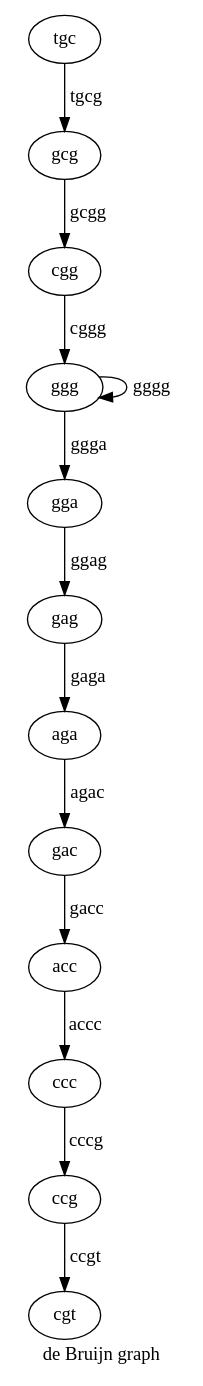
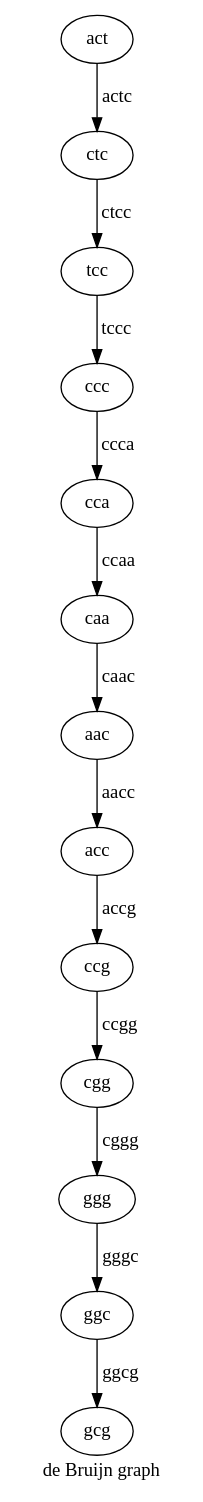
The diagram in deBruijn.dot (Indronil-Prince/K-mer-Assembler), drawn with Graphviz before and after one commit. The commit also changed 10 other files, not shown here.

```diff
--- a/deBruijn.dot
+++ b/deBruijn.dot
@@ -1,15 +1,15 @@
 digraph {
 label="de Bruijn graph"
-aga->gac[label=agac];
-gac->acc[label=gacc];
-gag->aga[label=gaga];
-gcg->cgg[label=gcgg];
+ccg->cgg[label=ccgg];
 cgg->ggg[label=cggg];
-acc->ccc[label=accc];
-gga->gag[label=ggag];
-ccc->ccg[label=cccg];
-ggg->gga[label=ggga];
-ggg->ggg[label=gggg];
-tgc->gcg[label=tgcg];
-ccg->cgt[label=ccgt];
+aac->acc[label=aacc];
+acc->ccg[label=accg];
+ggg->ggc[label=gggc];
+ggc->gcg[label=ggcg];
+tcc->ccc[label=tccc];
+ccc->cca[label=ccca];
+caa->aac[label=caac];
+cca->caa[label=ccaa];
+act->ctc[label=actc];
+ctc->tcc[label=ctcc];
 }
```
